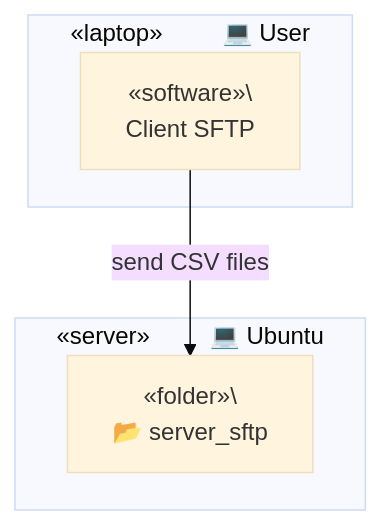
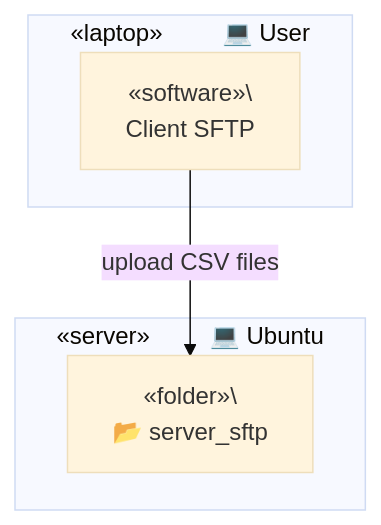
One commit to TrulyDigital/DATA_STREET changed the first of 4 diagrams in server_sftp/README.md. Above: the diagram before and after it, drawn with Mermaid (base theme). The commit also changed other lines of this file, not shown here.

````diff
--- a/server_sftp/README.md
+++ b/server_sftp/README.md
@@ -7,13 +12,13 @@
 ```mermaid
 graph TD
     
     subgraph Container_A [«laptop»&nbsp;&nbsp;&nbsp;&nbsp;&nbsp;&nbsp;&nbsp;&nbsp;&nbsp;💻 User]
         A1[«software»\<br> Client SFTP]
     end
 
     subgraph Container_B [«server»&nbsp;&nbsp;&nbsp;&nbsp;&nbsp;&nbsp;&nbsp;&nbsp;&nbsp;💻 Ubuntu]
         B1[«folder»\<br/> 📂 server_sftp]
     end
     
-    A1 -- send CSV files --> B1
+    A1 -- upload CSV files --> B1
 ```
````
